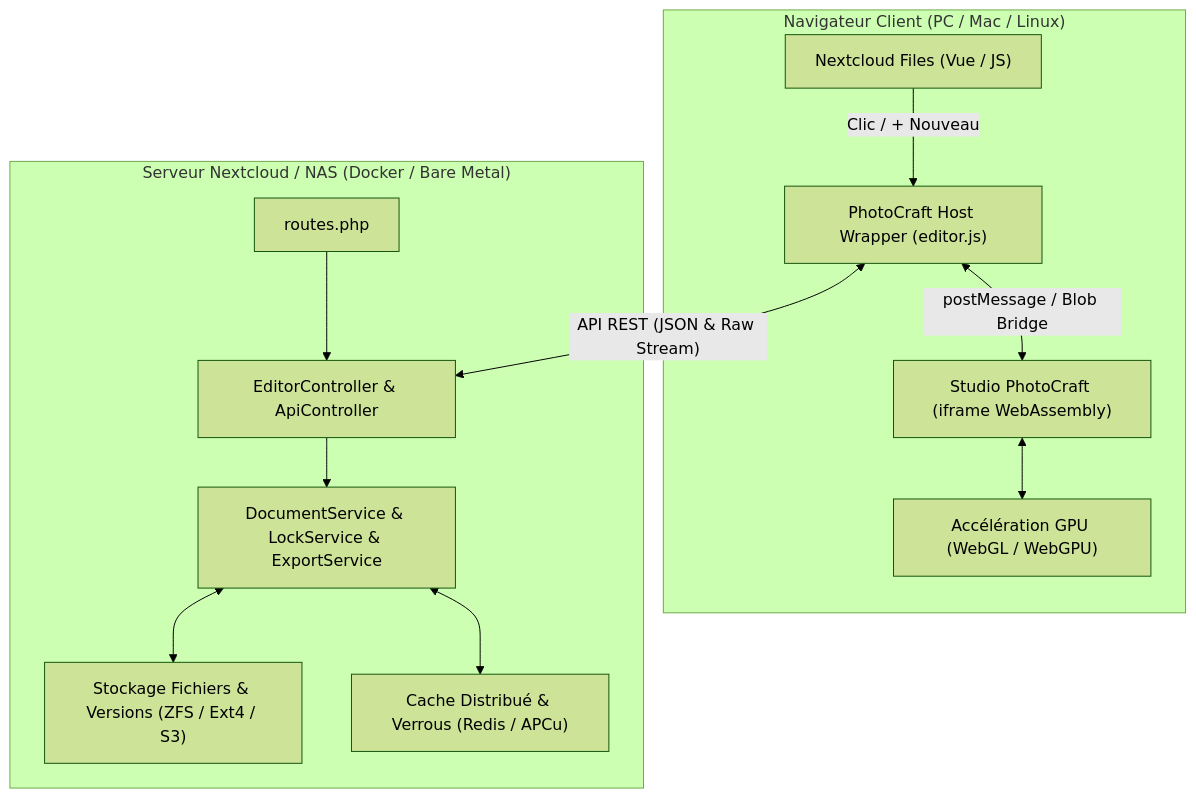
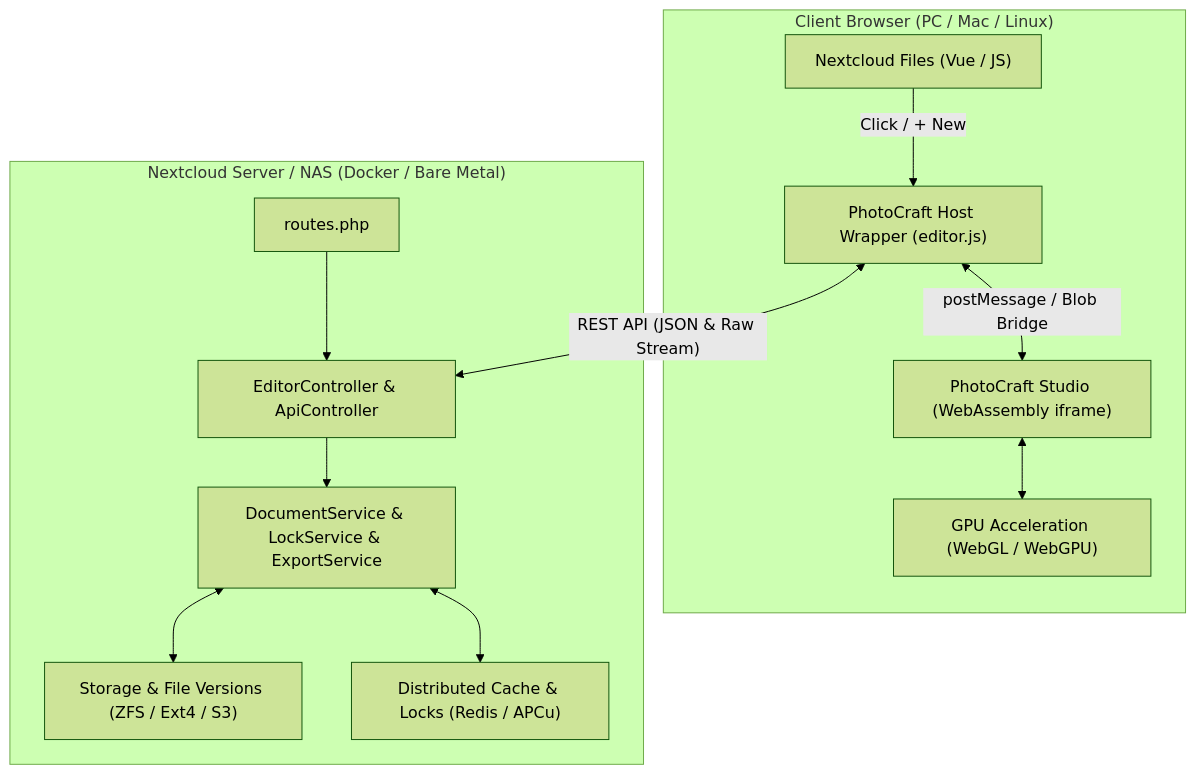
The diagram in README.md (nelfazut/nextcraft), drawn with Mermaid (forest theme) before and after one commit. The commit also changed other lines of this file and 17 other files, not shown here.

````diff
--- a/README.md
+++ b/README.md
@@ -44,28 +44,28 @@
 ```mermaid
 flowchart TD
-    subgraph Client ["Navigateur Client (PC / Mac / Linux)"]
+    subgraph Client ["Client Browser (PC / Mac / Linux)"]
         FilesUI["Nextcloud Files (Vue / JS)"]
         EditorWrapper["PhotoCraft Host Wrapper (editor.js)"]
-        WasmFrame["Studio PhotoCraft (iframe WebAssembly)"]
-        GPU["Accélération GPU (WebGL / WebGPU)"]
+        WasmFrame["PhotoCraft Studio (WebAssembly iframe)"]
+        GPU["GPU Acceleration (WebGL / WebGPU)"]
 
-        FilesUI -->|"Clic / + Nouveau"| EditorWrapper
+        FilesUI -->|"Click / + New"| EditorWrapper
         EditorWrapper <-->|"postMessage / Blob Bridge"| WasmFrame
         WasmFrame <--> GPU
     end
 
-    subgraph Server ["Serveur Nextcloud / NAS (Docker / Bare Metal)"]
+    subgraph Server ["Nextcloud Server / NAS (Docker / Bare Metal)"]
         Router["routes.php"]
         Controllers["EditorController & ApiController"]
         Services["DocumentService & LockService & ExportService"]
-        Storage["Stockage Fichiers & Versions (ZFS / Ext4 / S3)"]
-        Cache["Cache Distribué & Verrous (Redis / APCu)"]
+        Storage["Storage & File Versions (ZFS / Ext4 / S3)"]
+        Cache["Distributed Cache & Locks (Redis / APCu)"]
 
         Router --> Controllers
         Controllers --> Services
         Services <--> Storage
         Services <--> Cache
     end
 
-    EditorWrapper <-->|"API REST (JSON & Raw Stream)"| Controllers
+    EditorWrapper <-->|"REST API (JSON & Raw Stream)"| Controllers
 ```
````
